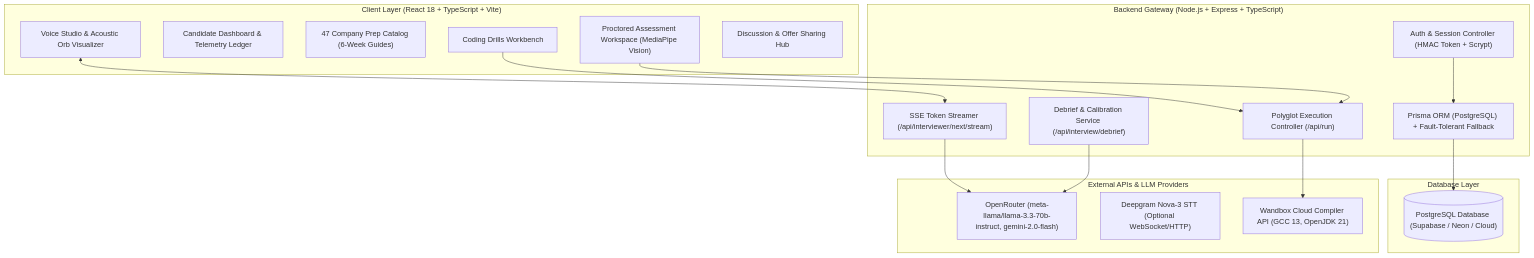
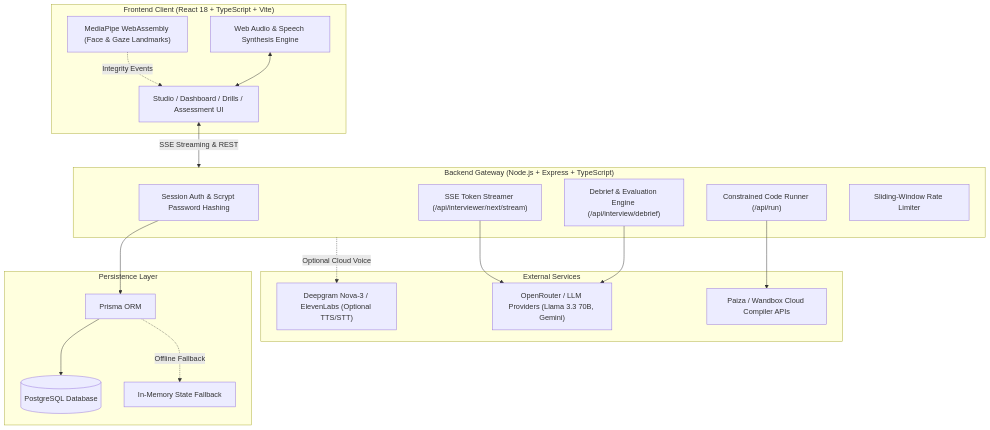
The diagram in README.md (piyush23-eng/TeLos), drawn with Mermaid before and after one commit. The commit also changed other lines of this file and 13 other files, not shown here.

Commit message:
docs & test: polish README presentation, add CI workflow, expand test suite, and harden execution runner

````diff
--- a/README.md
+++ b/README.md
@@ -46,38 +84,40 @@
 ```mermaid
 flowchart TD
-    subgraph Frontend ["Client Layer (React 18 + TypeScript + Vite)"]
-        Studio["Voice Studio & Acoustic Orb Visualizer"]
-        Dashboard["Candidate Dashboard & Telemetry Ledger"]
-        Prep["47 Company Prep Catalog (6-Week Guides)"]
-        Drills["Coding Drills Workbench"]
-        Assessment["Proctored Assessment Workspace (MediaPipe Vision)"]
-        Community["Discussion & Offer Sharing Hub"]
+    subgraph Client ["Frontend Client (React 18 + TypeScript + Vite)"]
+        UI["Studio / Dashboard / Drills / Assessment UI"]
+        Vision["MediaPipe WebAssembly (Face & Gaze Landmarks)"]
+        Audio["Web Audio & Speech Synthesis Engine"]
     end
 
-    subgraph BackendGateway ["Backend Gateway (Node.js + Express + TypeScript)"]
-        Auth["Auth & Session Controller (HMAC Token + Scrypt)"]
-        StreamHandler["SSE Token Streamer (/api/interviewer/next/stream)"]
-        DebriefService["Debrief & Calibration Service (/api/interview/debrief)"]
-        CodeRunner["Polyglot Execution Controller (/api/run)"]
-        PrismaStore["Prisma ORM (PostgreSQL) + Fault-Tolerant Fallback"]
+    subgraph Server ["Backend Gateway (Node.js + Express + TypeScript)"]
+        Auth["Session Auth & Scrypt Password Hashing"]
+        SSE["SSE Token Streamer (/api/interviewer/next/stream)"]
+        Debrief["Debrief & Evaluation Engine (/api/interview/debrief)"]
+        Runner["Constrained Code Runner (/api/run)"]
+        RateLimit["Sliding-Window Rate Limiter"]
     end
 
-    subgraph Persistence ["Database Layer"]
-        PostgresDB[("PostgreSQL Database (Supabase / Neon / Cloud)")]
+    subgraph Persistence ["Persistence Layer"]
+        Prisma["Prisma ORM"]
+        Postgres[("PostgreSQL Database")]
+        MemStore["In-Memory State Fallback"]
     end
 
-    subgraph ExternalServices ["External APIs & LLM Providers"]
-        OpenRouter["OpenRouter (meta-llama/llama-3.3-70b-instruct, gemini-2.0-flash)"]
-        Deepgram["Deepgram Nova-3 STT (Optional WebSocket/HTTP)"]
-        WandboxAPI["Wandbox Cloud Compiler API (GCC 13, OpenJDK 21)"]
+    subgraph External ["External Services"]
+        LLM["OpenRouter / LLM Providers (Llama 3.3 70B, Gemini)"]
+        Speech["Deepgram Nova-3 / ElevenLabs (Optional TTS/STT)"]
+        CloudRunners["Paiza / Wandbox Cloud Compiler APIs"]
     end
 
-    Studio <--> StreamHandler
-    StreamHandler --> OpenRouter
-    DebriefService --> OpenRouter
-    Drills --> CodeRunner
-    Assessment --> CodeRunner
-    CodeRunner --> WandboxAPI
-    Auth --> PrismaStore
-    PrismaStore --> PostgresDB
+    UI <--> |SSE Streaming & REST| Server
+    Vision -.-> |Integrity Events| UI
+    Audio <--> UI
+
+    Auth --> Prisma
+    Debrief --> LLM
+    SSE --> LLM
+    Server -.-> |Optional Cloud Voice| Speech
+    Runner --> CloudRunners
+    Prisma --> Postgres
+    Prisma -.-> |Offline Fallback| MemStore
 ```
````
